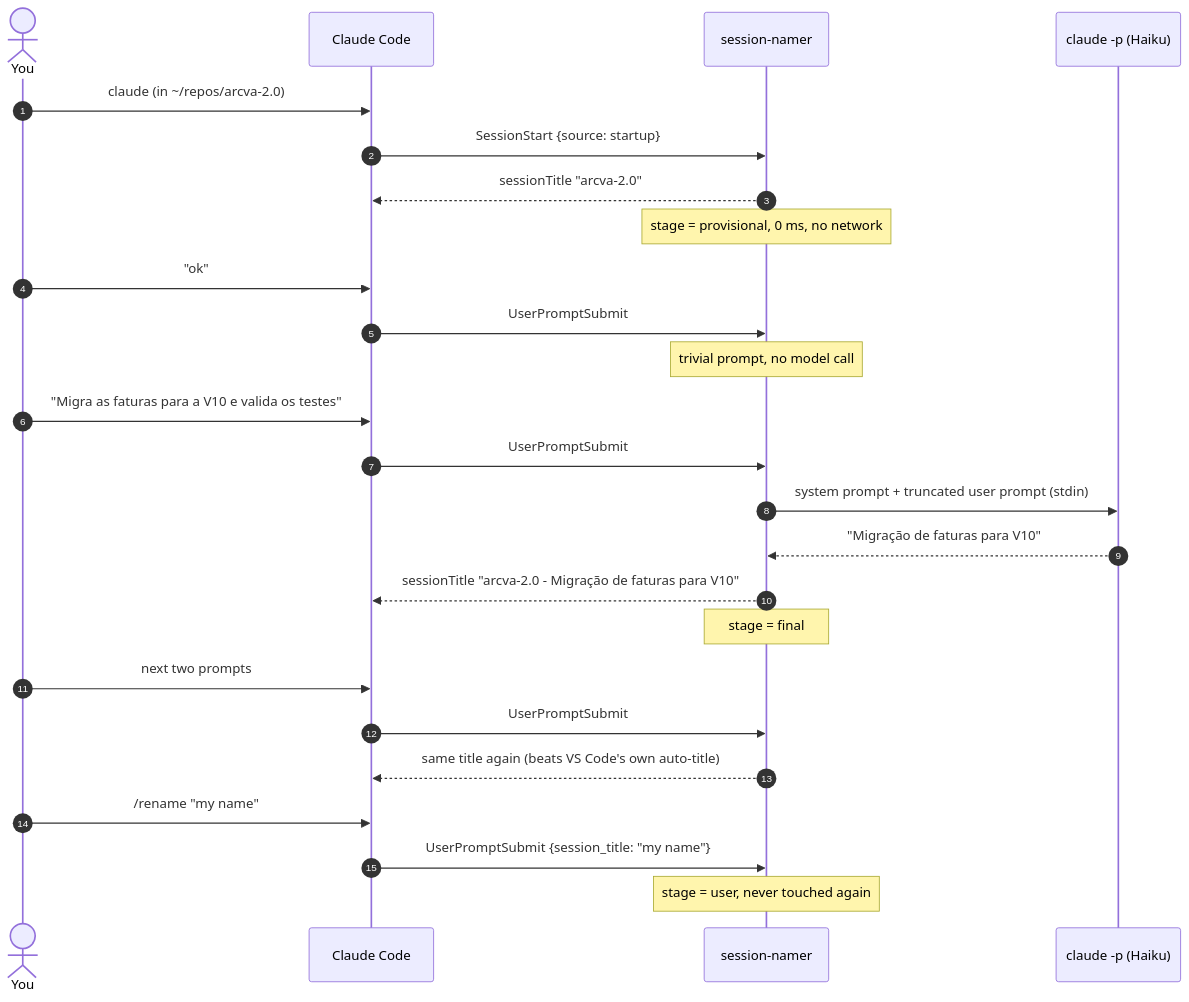
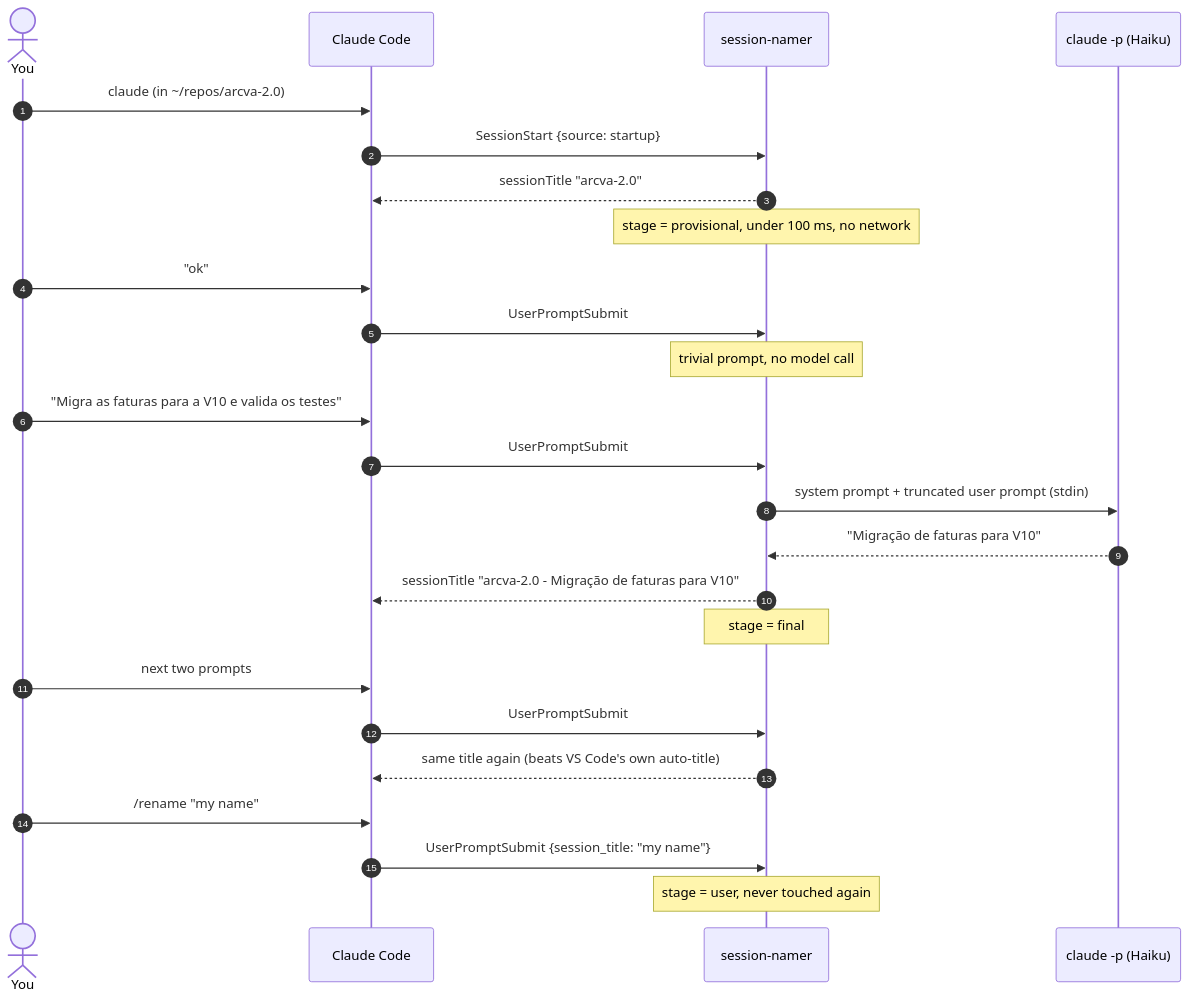
Before and after one commit to brunobola-portfolio/claude-session-namer: the second of 3 diagrams in docs/architecture.md, drawn with Mermaid. The commit also changed other lines of this file and 61 other files, not shown here.

````diff
--- a/docs/architecture.md
+++ b/docs/architecture.md
@@ -41,32 +41,32 @@
 ```mermaid
 sequenceDiagram
   autonumber
   actor You
   participant CC as Claude Code
   participant SN as session-namer
   participant M as claude -p (Haiku)
 
   You->>CC: claude (in ~/repos/arcva-2.0)
   CC->>SN: SessionStart {source: startup}
   SN-->>CC: sessionTitle "arcva-2.0"
-  Note over SN: stage = provisional, 0 ms, no network
+  Note over SN: stage = provisional, under 100 ms, no network
 
   You->>CC: "ok"
   CC->>SN: UserPromptSubmit
   Note over SN: trivial prompt, no model call
 
   You->>CC: "Migra as faturas para a V10 e valida os testes"
   CC->>SN: UserPromptSubmit
   SN->>M: system prompt + truncated user prompt (stdin)
   M-->>SN: "Migração de faturas para V10"
   SN-->>CC: sessionTitle "arcva-2.0 - Migração de faturas para V10"
   Note over SN: stage = final
 
   You->>CC: next two prompts
   CC->>SN: UserPromptSubmit
   SN-->>CC: same title again (beats VS Code's own auto-title)
 
   You->>CC: /rename "my name"
   CC->>SN: UserPromptSubmit {session_title: "my name"}
   Note over SN: stage = user, never touched again
 ```
````
